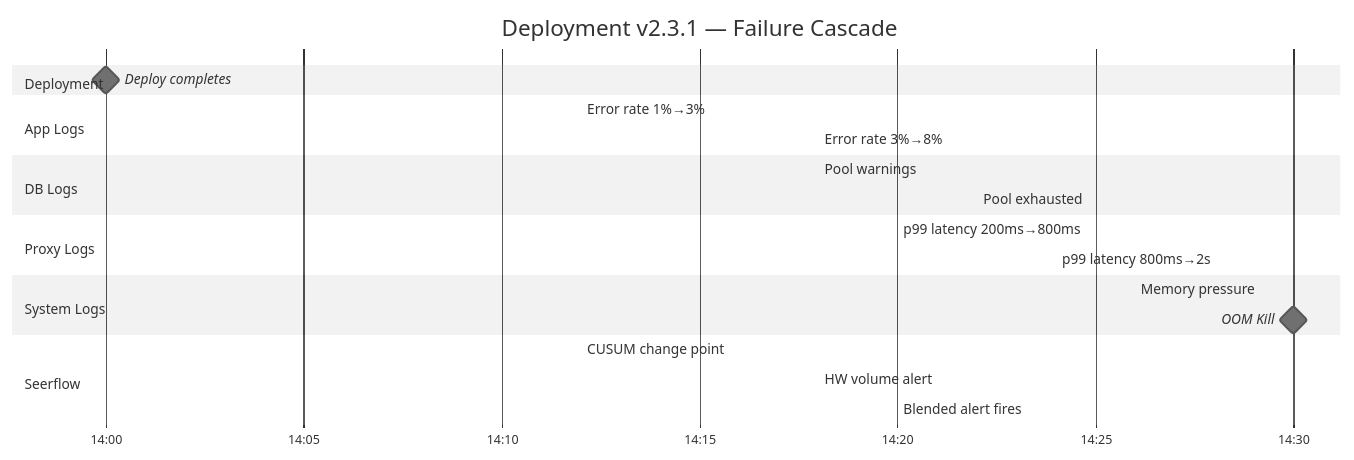
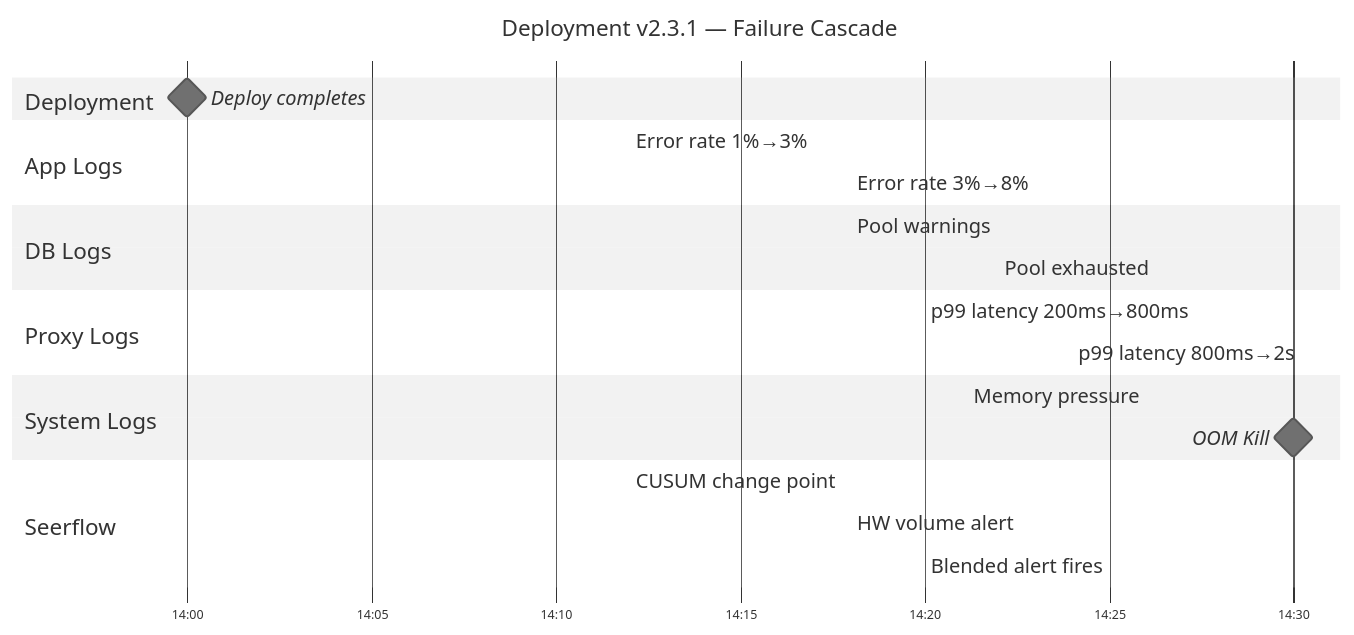
One commit to seerflow/seerflow-guide changed the diagram in docs/ops-primer/deployment-risk.md. Above: the diagram before and after it, drawn with Mermaid (neutral theme).

Commit message:
fix(SEE-181): increase Mermaid gantt font size and bar height on v2.3.1 cascade [S-139H]

````diff
--- a/docs/ops-primer/deployment-risk.md
+++ b/docs/ops-primer/deployment-risk.md
@@ -82,24 +82,25 @@
 ```mermaid
+%%{init: {'gantt': {'fontSize': 16, 'sectionFontSize': 18, 'barHeight': 28, 'barGap': 6, 'topPadding': 60, 'leftPadding': 140, 'useMaxWidth': true}}}%%
 gantt
     title Deployment v2.3.1 — Failure Cascade
     dateFormat HH:mm
     axisFormat %H:%M
     section Deployment
         Deploy completes           :milestone, 14:00, 0min
     section App Logs
         Error rate 1%→3%          :crit, 14:12, 6min
         Error rate 3%→8%          :crit, 14:18, 6min
     section DB Logs
         Pool warnings             :active, 14:18, 4min
         Pool exhausted            :crit, 14:22, 8min
     section Proxy Logs
         p99 latency 200ms→800ms  :active, 14:20, 4min
         p99 latency 800ms→2s     :crit, 14:24, 6min
     section System Logs
         Memory pressure           :active, 14:26, 4min
         OOM Kill                  :milestone, 14:30, 0min
     section Seerflow
         CUSUM change point        :done, 14:12, 0min
         HW volume alert           :done, 14:18, 0min
         Blended alert fires       :done, 14:20, 0min
 ```
````
